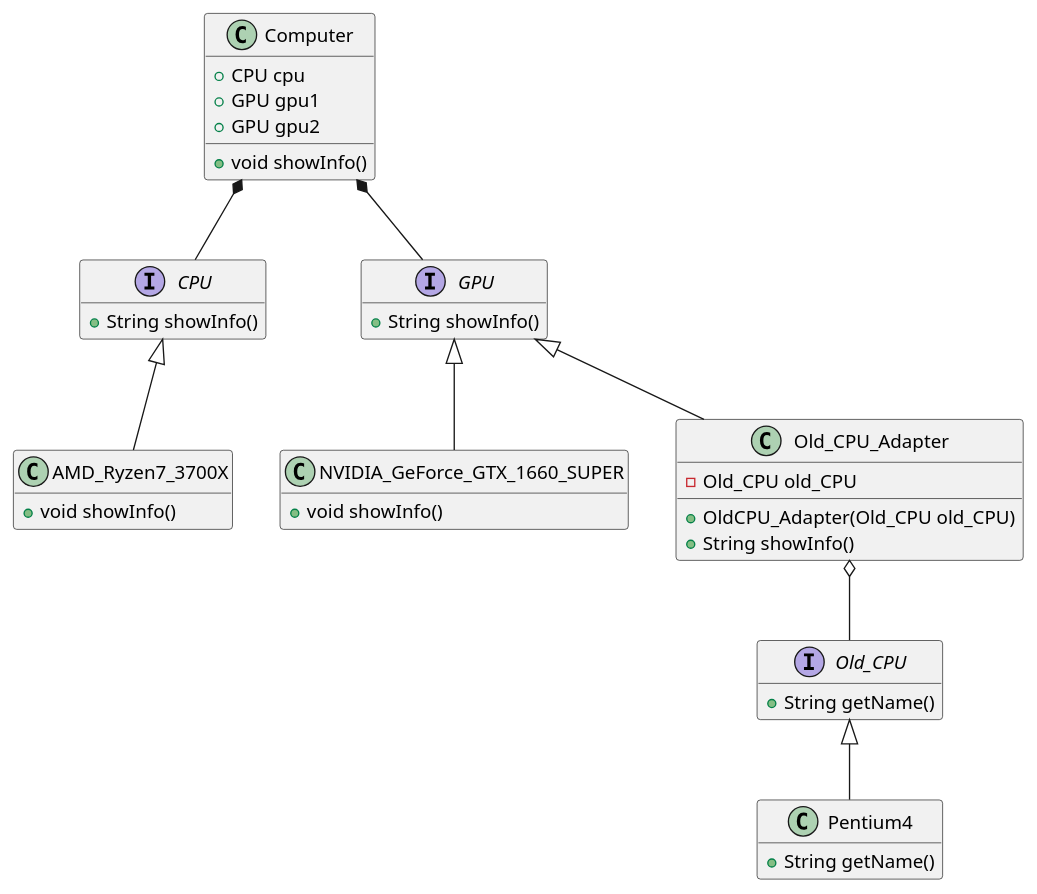
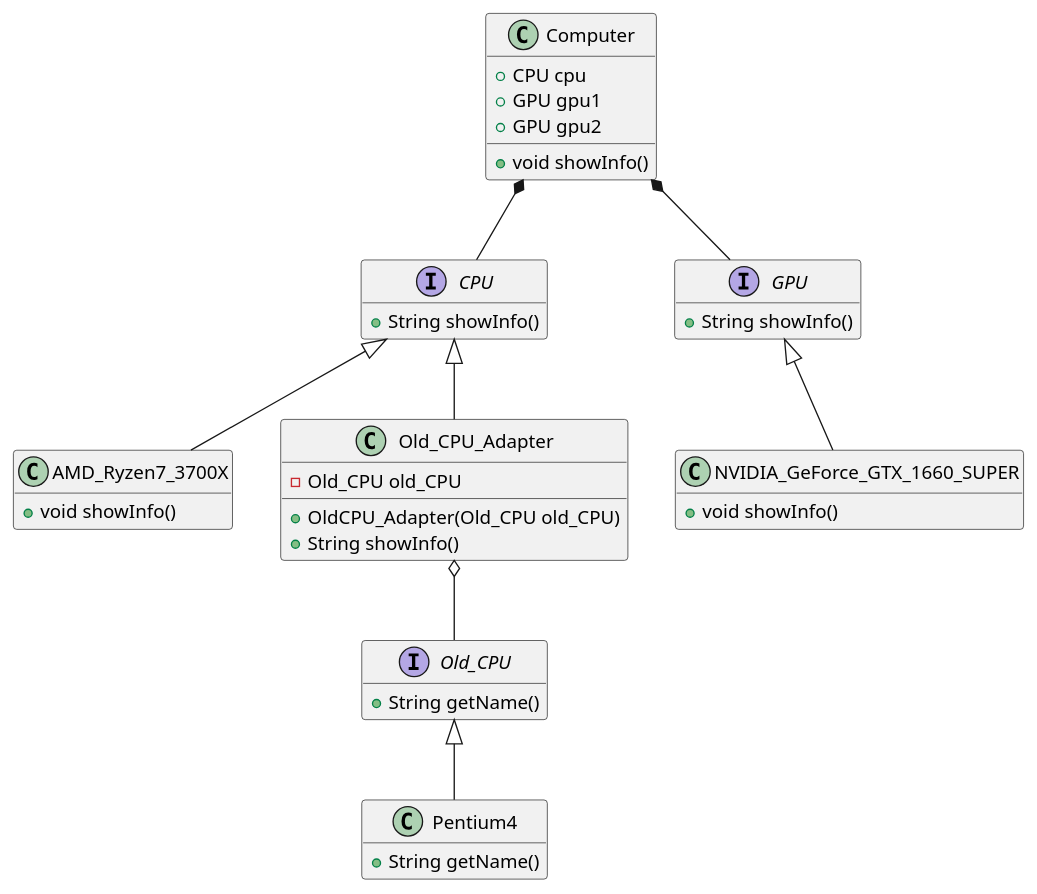
One commit to gama79530/DesignPattern changed the diagram in AdapterPattern/example.puml. Above: the diagram before and after it, drawn with PlantUML. The commit also changed 2 other files, not shown here.

```diff
--- a/AdapterPattern/example.puml
+++ b/AdapterPattern/example.puml
@@ -1,51 +1,51 @@
 @startuml example
 hide empty members
 
 Class Computer{
     + CPU cpu
     + GPU gpu1
     + GPU gpu2
     + void showInfo()
 }
 
 interface CPU{
     + String showInfo()
 }
 
 interface GPU{
     + String showInfo()
 }
 
 class AMD_Ryzen7_3700X{
     + void showInfo()
 }
 
 class NVIDIA_GeForce_GTX_1660_SUPER{
     + void showInfo()
 }
 
 interface Old_CPU{
     + String getName()
 }
 
 class Pentium4{
     + String getName()
 }
 
 class Old_CPU_Adapter{
     - Old_CPU old_CPU
     + OldCPU_Adapter(Old_CPU old_CPU)
     + String showInfo()
 }
 
 Computer *-- CPU
 Computer *-- GPU
 Old_CPU_Adapter o-- Old_CPU
 
 CPU <|-- AMD_Ryzen7_3700X
 GPU <|-- NVIDIA_GeForce_GTX_1660_SUPER
-GPU <|-- Old_CPU_Adapter
+CPU <|-- Old_CPU_Adapter
 
 Old_CPU <|-- Pentium4
 
 @enduml
```
